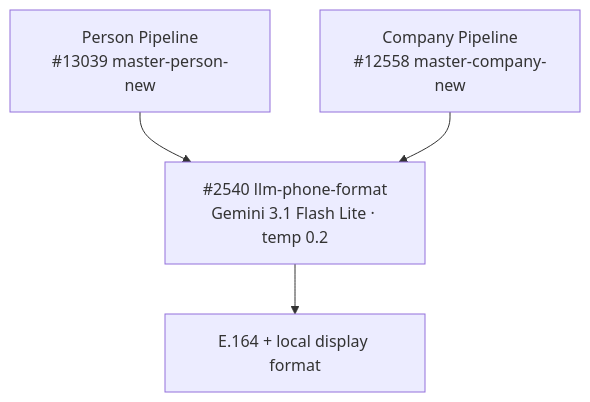
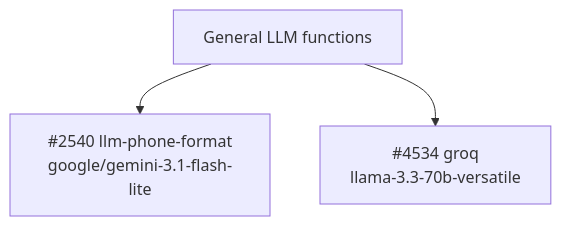
Before and after one commit to M-Pederson/docs: the diagram in guides/enrichment/general/model-summary.mdx, drawn with Mermaid. The commit also changed other lines of this file and 12 other files, not shown here.

````diff
--- a/guides/enrichment/general/model-summary.mdx
+++ b/guides/enrichment/general/model-summary.mdx
@@ -28,6 +38,6 @@
 ```mermaid
 graph TD
-    A["Person Pipeline<br/>#13039 master-person-new"] --> C["#2540 llm-phone-format<br/>Gemini 3.1 Flash Lite · temp 0.2"]
-    B["Company Pipeline<br/>#12558 master-company-new"] --> C
-    C --> D["E.164 + local display format"]
+    ROOT["General LLM functions"]
+    ROOT --> F2540["#2540 llm-phone-format<br/>google/gemini-3.1-flash-lite"]
+    ROOT --> F4534["#4534 groq<br/>llama-3.3-70b-versatile"]
 ```
````
